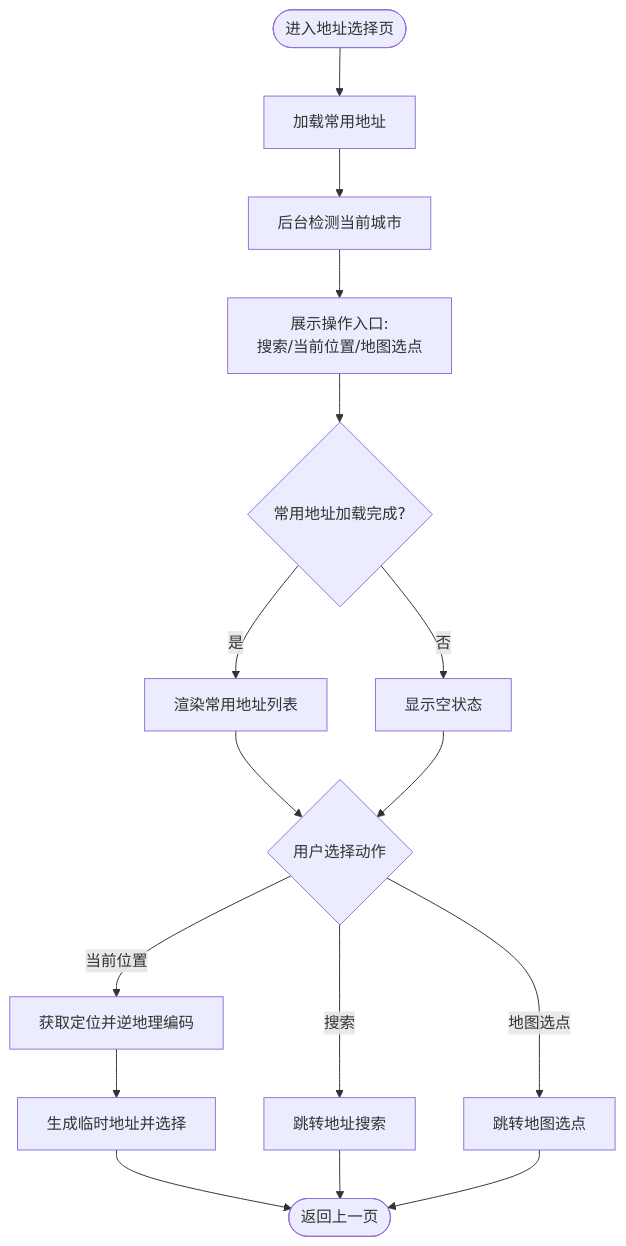
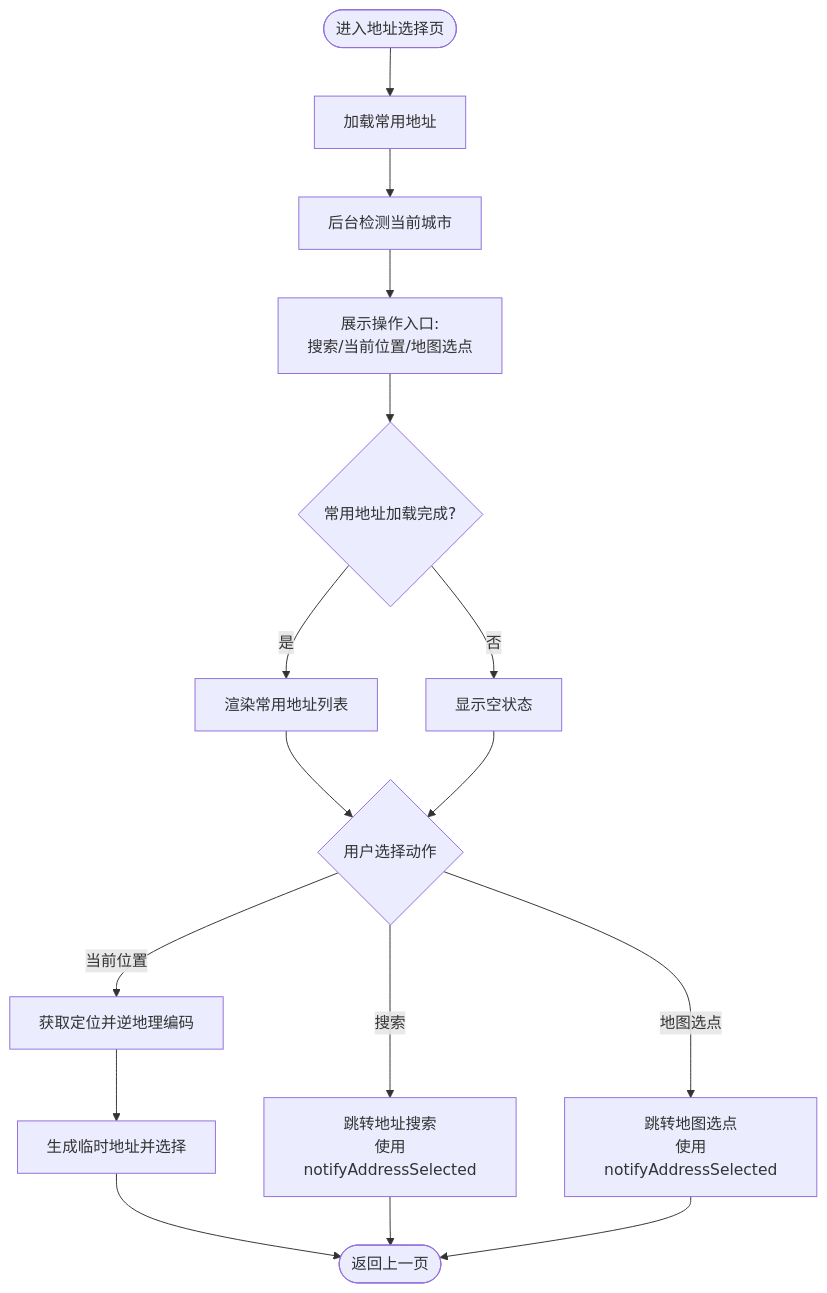
Before and after one commit to yinsw-c2e/drone_Rental_platform_v1: the third of 10 diagrams in .qoder/repowiki/zh/content/移动端应用/位置服务模块.md, drawn with Mermaid. The commit also changed other lines of this file and 7 other files, not shown here.

First line of the commit message:
feat(location): 新增地图选点安全退出机制与导航优化

````diff
--- a/.qoder/repowiki/zh/content/移动端应用/位置服务模块.md
+++ b/.qoder/repowiki/zh/content/移动端应用/位置服务模块.md
@@ -176,18 +199,18 @@
 ```mermaid
 flowchart TD
 Start(["进入地址选择页"]) --> LoadSaved["加载常用地址"]
 LoadSaved --> DetectCity["后台检测当前城市"]
 DetectCity --> ShowActions["展示操作入口:<br/>搜索/当前位置/地图选点"]
 ShowActions --> SavedLoaded{"常用地址加载完成?"}
 SavedLoaded --> |是| RenderList["渲染常用地址列表"]
 SavedLoaded --> |否| EmptyState["显示空状态"]
 RenderList --> SelectAction{"用户选择动作"}
 EmptyState --> SelectAction
-SelectAction --> |搜索| GoSearch["跳转地址搜索"]
+SelectAction --> |搜索| GoSearch["跳转地址搜索<br/>使用notifyAddressSelected"]
 SelectAction --> |当前位置| UseCurrent["获取定位并逆地理编码"]
-SelectAction --> |地图选点| GoMap["跳转地图选点"]
+SelectAction --> |地图选点| GoMap["跳转地图选点<br/>使用notifyAddressSelected"]
 UseCurrent --> ChooseTemp["生成临时地址并选择"]
 ChooseTemp --> Back(["返回上一页"])
 GoSearch --> Back
 GoMap --> Back
 ```
````
